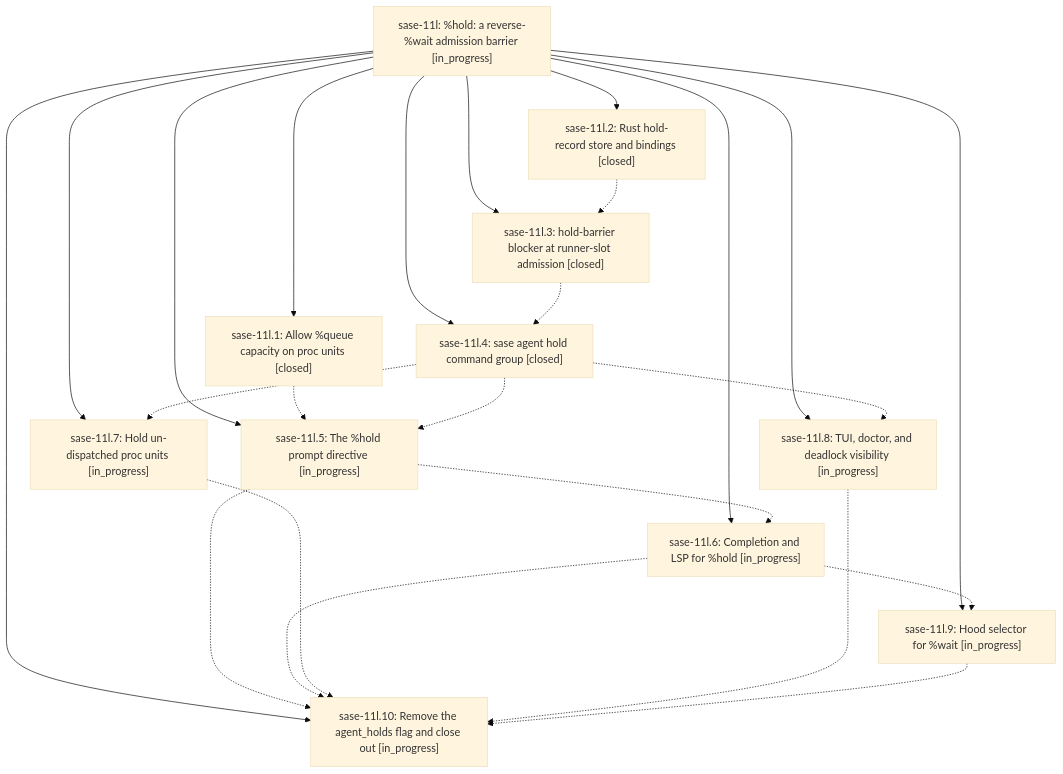
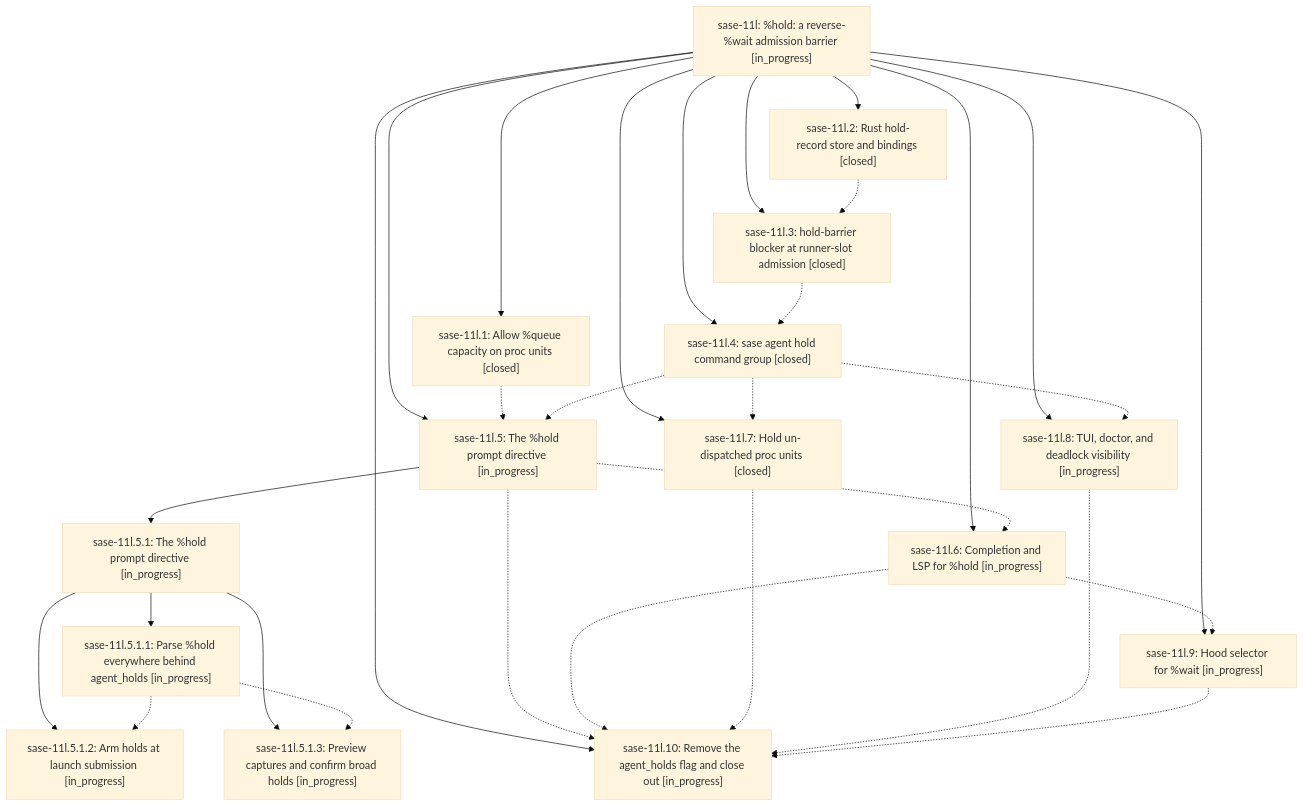
The diagram in pages/sase-11l/README.md (sase-org/sase--beads), drawn with Mermaid (base theme) before and after one commit. The commit also changed other lines of this file and 8 other files, not shown here.

````diff
--- a/pages/sase-11l/README.md
+++ b/pages/sase-11l/README.md
@@ -31,37 +31,47 @@
 ```mermaid
 flowchart TD
     n0["sase-11l: %hold: a reverse-%wait admission barrier [in_progress]"]
     n1["sase-11l.1: Allow %queue capacity on proc units [closed]"]
     n2["sase-11l.10: Remove the agent_holds flag and close out [in_progress]"]
     n3["sase-11l.2: Rust hold-record store and bindings [closed]"]
     n4["sase-11l.3: hold-barrier blocker at runner-slot admission [closed]"]
     n5["sase-11l.4: sase agent hold command group [closed]"]
     n6["sase-11l.5: The %hold prompt directive [in_progress]"]
-    n7["sase-11l.6: Completion and LSP for %hold [in_progress]"]
-    n8["sase-11l.7: Hold un-dispatched proc units [in_progress]"]
-    n9["sase-11l.8: TUI, doctor, and deadlock visibility [in_progress]"]
-    n10["sase-11l.9: Hood selector for %wait [in_progress]"]
+    n7["sase-11l.5.1: The %hold prompt directive [in_progress]"]
+    n8["sase-11l.5.1.1: Parse %hold everywhere behind agent_holds [in_progress]"]
+    n9["sase-11l.5.1.2: Arm holds at launch submission [in_progress]"]
+    n10["sase-11l.5.1.3: Preview captures and confirm broad holds [in_progress]"]
+    n11["sase-11l.6: Completion and LSP for %hold [in_progress]"]
+    n12["sase-11l.7: Hold un-dispatched proc units [closed]"]
+    n13["sase-11l.8: TUI, doctor, and deadlock visibility [in_progress]"]
+    n14["sase-11l.9: Hood selector for %wait [in_progress]"]
     n0 --> n1
     n0 --> n2
     n0 --> n3
     n0 --> n4
     n0 --> n5
     n0 --> n6
-    n0 --> n7
-    n0 --> n8
-    n0 --> n9
-    n0 --> n10
+    n6 --> n7
+    n7 --> n8
+    n7 --> n9
+    n7 --> n10
+    n0 --> n11
+    n0 --> n12
+    n0 --> n13
+    n0 --> n14
     n1 -.-> n6
     n3 -.-> n4
     n4 -.-> n5
     n5 -.-> n6
-    n5 -.-> n8
-    n5 -.-> n9
+    n5 -.-> n12
+    n5 -.-> n13
     n6 -.-> n2
-    n6 -.-> n7
-    n7 -.-> n2
-    n7 -.-> n10
-    n8 -.-> n2
-    n9 -.-> n2
-    n10 -.-> n2
+    n6 -.-> n11
+    n8 -.-> n9
+    n8 -.-> n10
+    n11 -.-> n2
+    n11 -.-> n14
+    n12 -.-> n2
+    n13 -.-> n2
+    n14 -.-> n2
 ```
````
